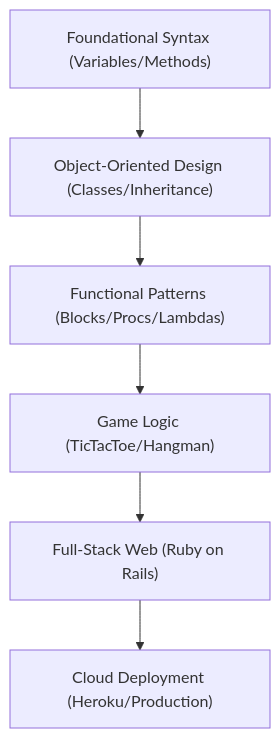
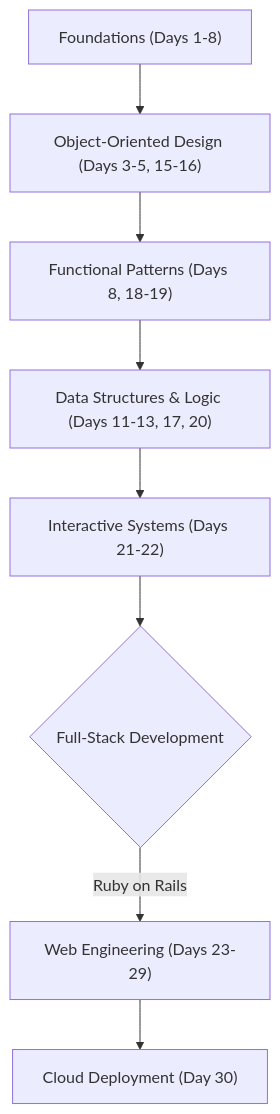
Before and after one commit to Amey-Thakur/RUBY: the diagram in docs/SPECIFICATION.md, drawn with Mermaid. The commit also changed other lines of this file and 1 other file, not shown here.

````diff
--- a/docs/SPECIFICATION.md
+++ b/docs/SPECIFICATION.md
@@ -9,8 +9,10 @@
 ```mermaid
 graph TD
-    Start["Foundational Syntax (Variables/Methods)"] --> OOP["Object-Oriented Design (Classes/Inheritance)"]
-    OOP --> Functional["Functional Patterns (Blocks/Procs/Lambdas)"]
-    Functional --> Logic["Game Logic (TicTacToe/Hangman)"]
-    Logic --> Web["Full-Stack Web (Ruby on Rails)"]
-    Web --> End["Cloud Deployment (Heroku/Production)"]
+    Start["Foundations (Days 1-8)"] --> OOP["Object-Oriented Design (Days 3-5, 15-16)"]
+    OOP --> Functional["Functional Patterns (Days 8, 18-19)"]
+    Functional --> Struct["Data Structures & Logic (Days 11-13, 17, 20)"]
+    Struct --> Games["Interactive Systems (Days 21-22)"]
+    Games --> Web{"Full-Stack Development"}
+    Web -->|Ruby on Rails| Apps["Web Engineering (Days 23-29)"]
+    Apps --> End["Cloud Deployment (Day 30)"]
 ```
````
